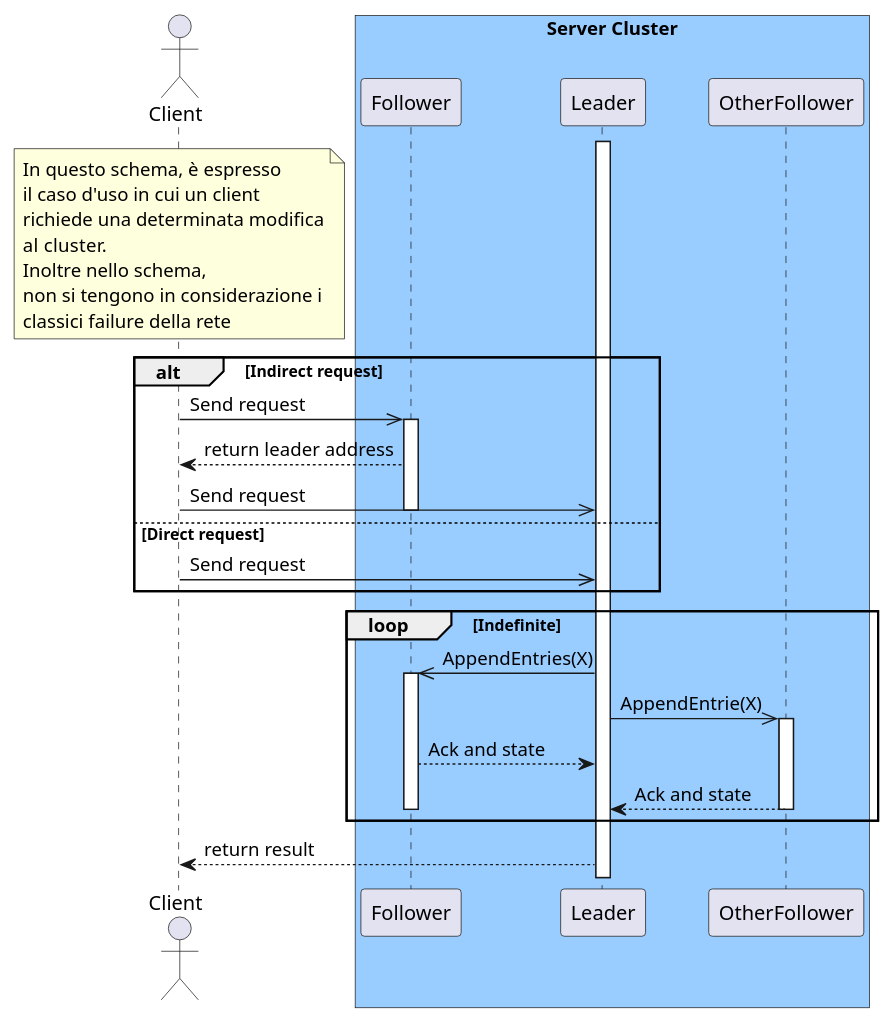
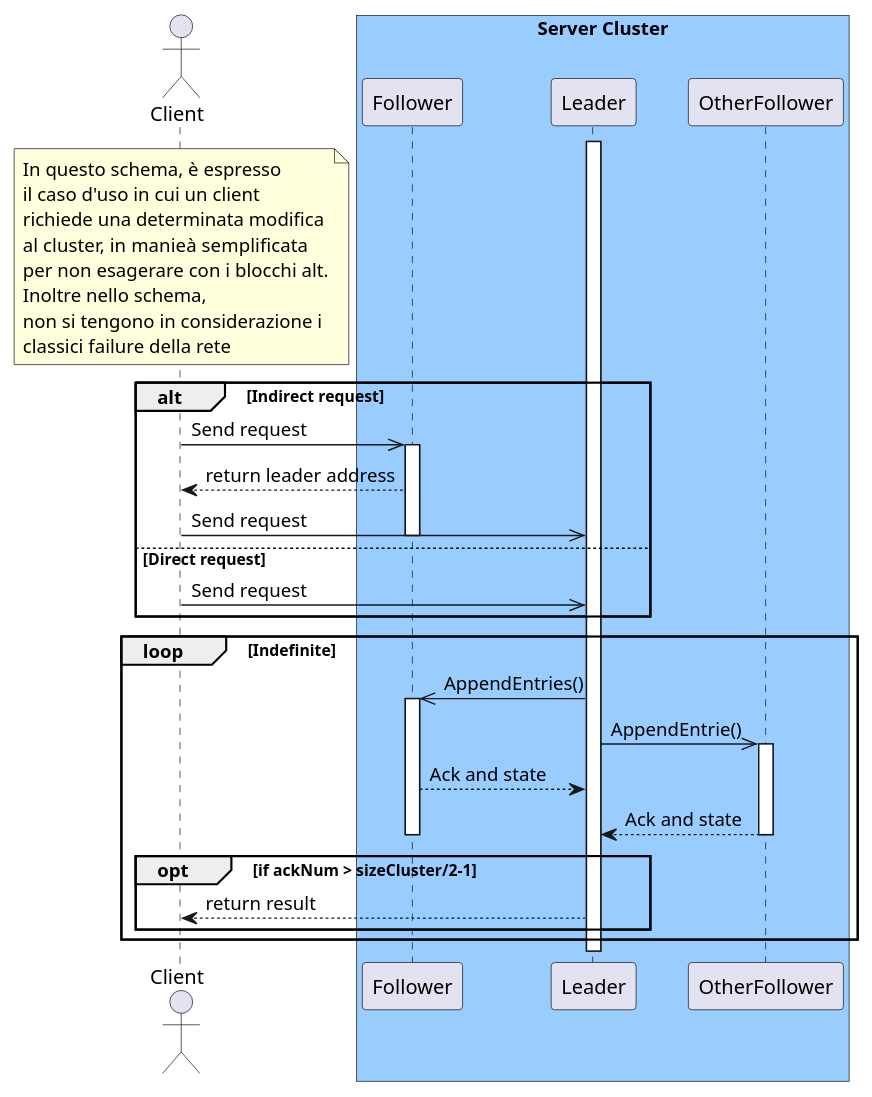
The diagram in doc/plantuml/SeqDiagram/ClientRequest.plantuml (thedevstone/akka-raft), drawn with PlantUML before and after one commit.

Commit message:
aggiunta piccola modifica sul ritorno da leader a client, lieve modifica della nota

```diff
--- a/doc/plantuml/SeqDiagram/ClientRequest.plantuml
+++ b/doc/plantuml/SeqDiagram/ClientRequest.plantuml
@@ -1,70 +1,73 @@
 @startuml
     
   actor "Client"  
   box "Server Cluster" #99CCFF
   participant "Follower" as Follower
   participant "Leader" as Leader
   participant "OtherFollower" as OtherFollower
 	end box
   activate Leader
 
   note Over Client 
     In questo schema, è espresso 
     il caso d'uso in cui un client 
     richiede una determinata modifica
-    al cluster.
+    al cluster, in manieà semplificata
+    per non esagerare con i blocchi alt.
     Inoltre nello schema,
     non si tengono in considerazione i
     classici failure della rete
   end note
   'note over Follower: Check if OtherFollower exists
   alt Indirect request
   Client ->> Follower : Send request 
   activate Follower
   Follower --> Client : return leader address
   Client ->> Leader : Send request
 
   deactivate Follower
   else Direct request
   Client ->> Leader : Send request
   end group
 
   loop Indefinite
-    Leader ->> Follower : AppendEntries(X)
+    Leader ->> Follower : AppendEntries()
     activate Follower
-    Leader ->> OtherFollower : AppendEntrie(X)
+    Leader ->> OtherFollower : AppendEntrie()
     activate OtherFollower
     Follower --> Leader : Ack and state
     OtherFollower --> Leader : Ack and state
     deactivate Follower
     deactivate OtherFollower
+      opt if ackNum > sizeCluster/2-1
+        Leader --> Client : return result
+    end group
   end group
 
-  Leader --> Client : return result
 
   /'Follower->Leader: findOtherFollower(OtherFollowerId)
   Leader->Leader: lookup(OtherFollowerId)
 
   '  alt OtherFollower found
   Leader-->Follower: OtherFollower
   ' else not found
   Leader-->Follower: null
   Follower->Leader: createOtherFollower(OtherFollowerId, contentURL)
   Leader->OtherFollower: new(OtherFollowerId, contentURL)
   activate OtherFollower
   Leader-->Follower: OtherFollower
 
   Follower->Leader: loadMetadata()
     '   note over Leader
     '       Download and parse manifest, save in db
     '   end note
   Leader-->Follower: onTracksAvailable
   Leader-->Follower: onDownloadMetadata
   '    note over Follower: * See //track-selection// flow
   ' end group
 
   '  note over Follower: app is ready to start downloading
   Follower->OtherFollower: startDownload()'/
 
 
 @enduml
```
